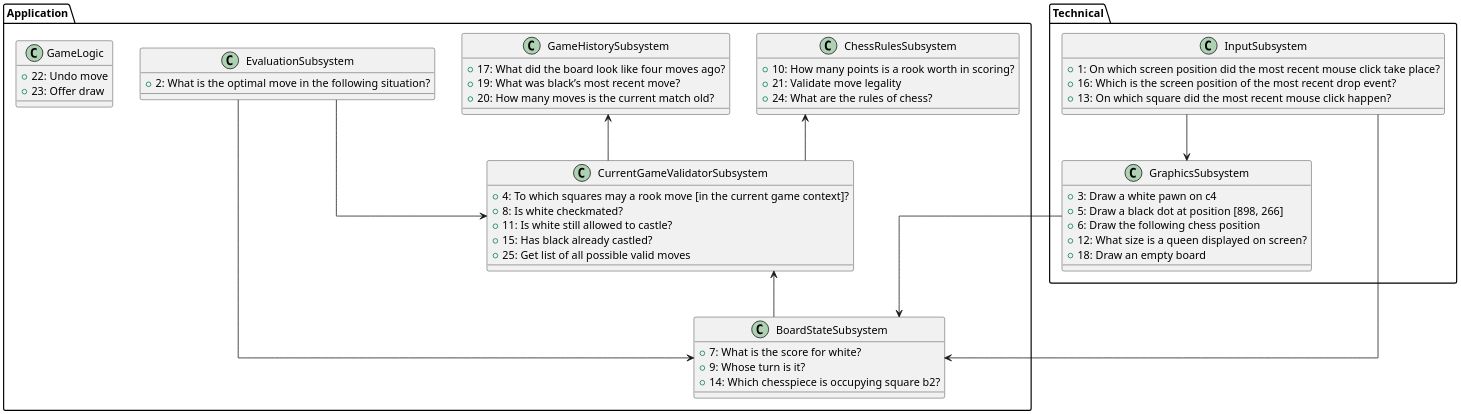
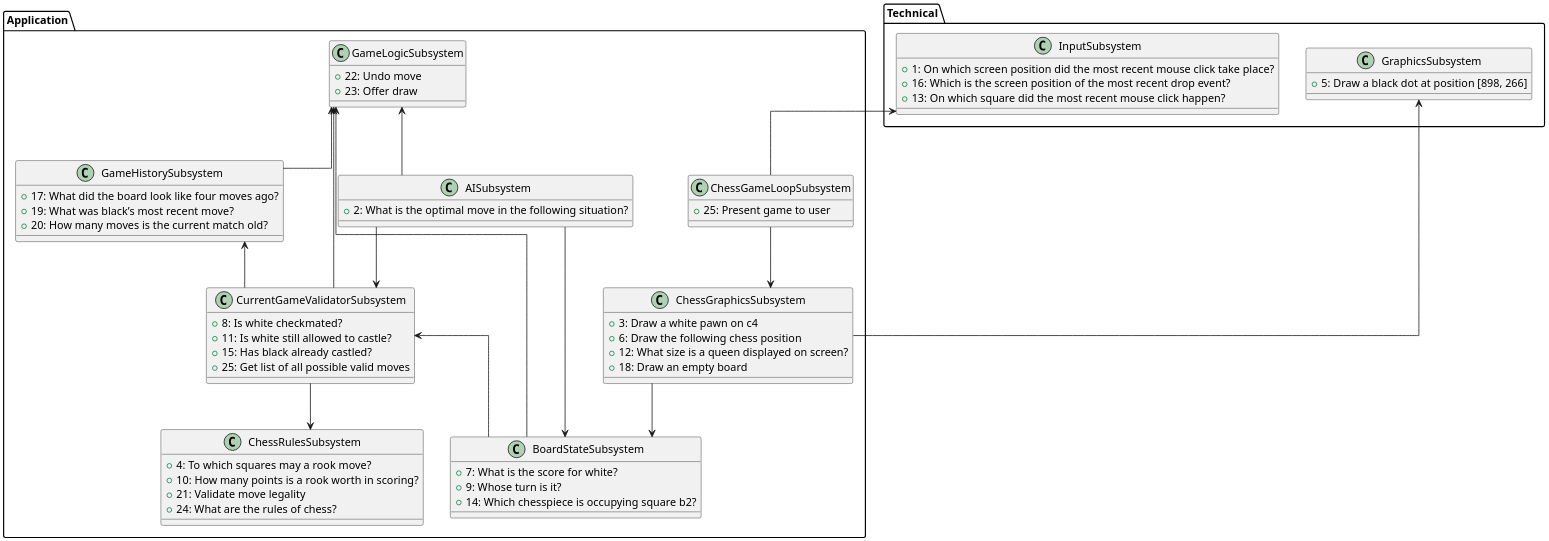
One commit to skyler544/chess-architecture changed the diagram in plantuml/chess.plantuml. Above: the diagram before and after it, drawn with PlantUML.

Commit message:
further decouple the application and technical systems

```diff
--- a/plantuml/chess.plantuml
+++ b/plantuml/chess.plantuml
@@ -1,66 +1,79 @@
 @startuml
 skinparam linetype ortho
 skinparam dpi 200
 
 package Application {
   class ChessRulesSubsystem {
+    +4: To which squares may a rook move?
     +10: How many points is a rook worth in scoring?
     +21: Validate move legality
     +24: What are the rules of chess?
   }
 
   class CurrentGameValidatorSubsystem {
-    +4: To which squares may a rook move [in the current game context]?
     +8: Is white checkmated?
     +11: Is white still allowed to castle?
     +15: Has black already castled?
     +25: Get list of all possible valid moves
   }
 
   class GameHistorySubsystem {
     +17: What did the board look like four moves ago?
     +19: What was black’s most recent move?
     +20: How many moves is the current match old?
   }
 
   class BoardStateSubsystem {
     +7: What is the score for white?
     +9: Whose turn is it?
     +14: Which chesspiece is occupying square b2?
   }
 
-  class EvaluationSubsystem {
+  class AISubsystem {
     +2: What is the optimal move in the following situation?
   }
 
-  class GameLogic {
+  class GameLogicSubsystem {
     +22: Undo move
     +23: Offer draw
+  }
+
+  class ChessGameLoopSubsystem {
+    +25: Present game to user
+  }
+  
+  class ChessGraphicsSubsystem {
+    +3: Draw a white pawn on c4
+    +6: Draw the following chess position
+    +12: What size is a queen displayed on screen?
+    +18: Draw an empty board
   }
 }
 
 package Technical {
   class InputSubsystem {
     +1: On which screen position did the most recent mouse click take place?
     +16: Which is the screen position of the most recent drop event?
     +13: On which square did the most recent mouse click happen?
   }
 
   class GraphicsSubsystem {
-    +3: Draw a white pawn on c4
     +5: Draw a black dot at position [898, 266]
-    +6: Draw the following chess position
-    +12: What size is a queen displayed on screen?
-    +18: Draw an empty board
   }
 }
 
-ChessRulesSubsystem <-- CurrentGameValidatorSubsystem
+GameLogicSubsystem <-- CurrentGameValidatorSubsystem
 CurrentGameValidatorSubsystem <-- BoardStateSubsystem
+CurrentGameValidatorSubsystem --> ChessRulesSubsystem
 GameHistorySubsystem <-- CurrentGameValidatorSubsystem
-InputSubsystem --> BoardStateSubsystem
-InputSubsystem --> GraphicsSubsystem
-GraphicsSubsystem --> BoardStateSubsystem
-EvaluationSubsystem --> CurrentGameValidatorSubsystem
-EvaluationSubsystem --> BoardStateSubsystem
+InputSubsystem <-- ChessGameLoopSubsystem
+ChessGameLoopSubsystem --> ChessGraphicsSubsystem
+GraphicsSubsystem <-- ChessGraphicsSubsystem
+ChessGraphicsSubsystem --> BoardStateSubsystem
+AISubsystem --> CurrentGameValidatorSubsystem
+AISubsystem --> BoardStateSubsystem
+
+GameLogicSubsystem <-- GameHistorySubsystem
+GameLogicSubsystem <-- AISubsystem
+GameLogicSubsystem <-- BoardStateSubsystem
 @enduml
```
